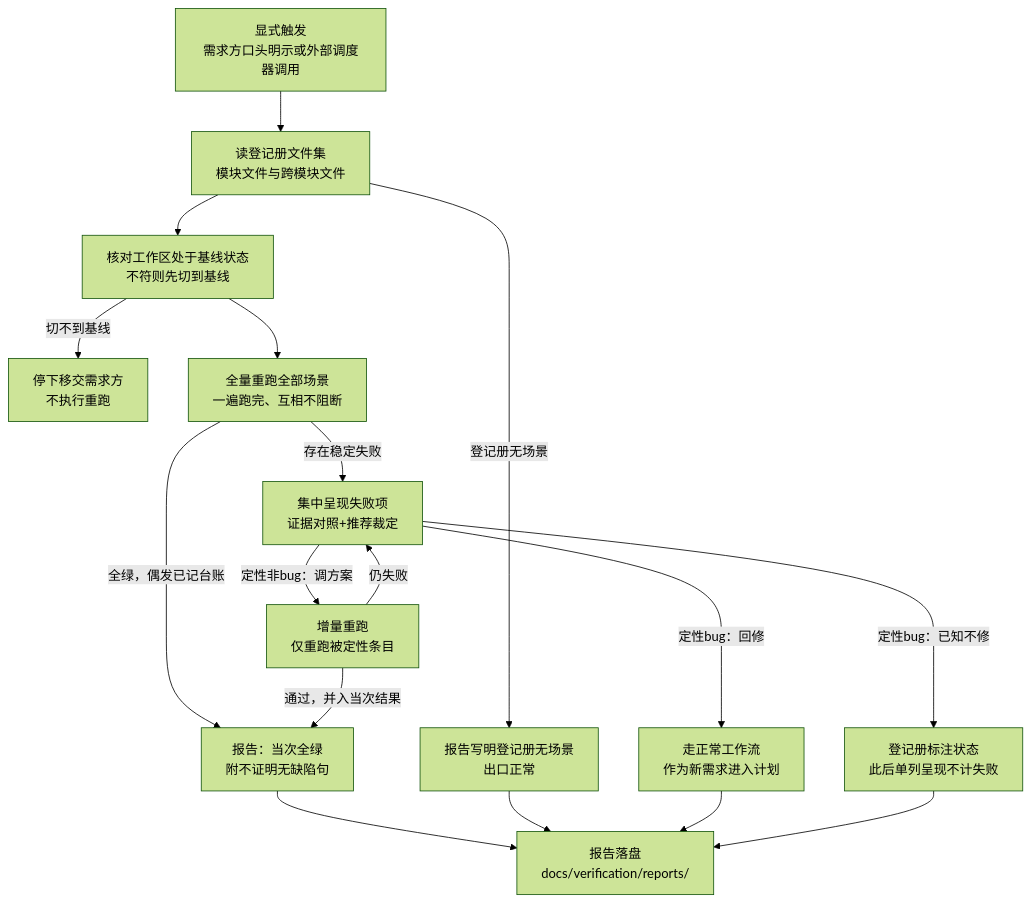
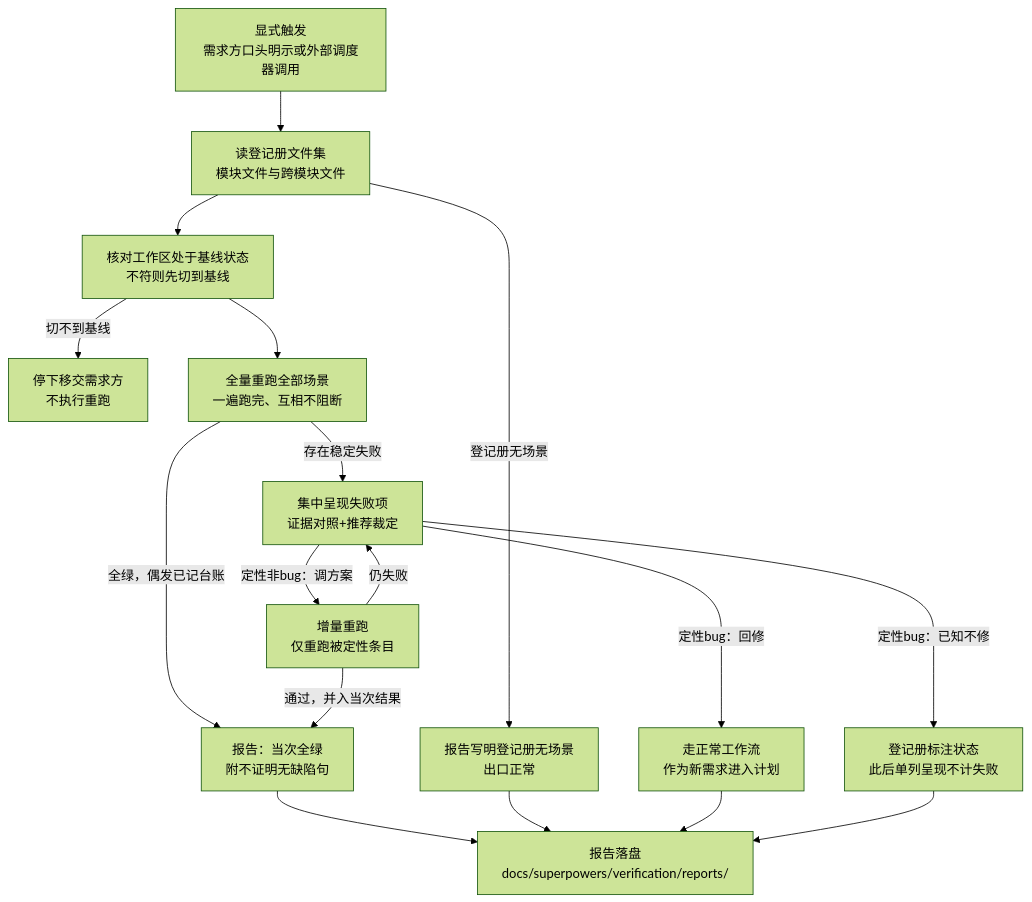
The diagram in skills/regression-sweep/SKILL.md (chuxiao/superpowers), drawn with Mermaid (forest theme) before and after one commit. The commit also changed other lines of this file and 12 other files, not shown here.

````diff
--- a/skills/regression-sweep/SKILL.md
+++ b/skills/regression-sweep/SKILL.md
@@ -12,19 +12,19 @@
 ```mermaid
 flowchart TD
     TR["显式触发<br/>需求方口头明示或外部调度器调用"] --> RD["读登记册文件集<br/>模块文件与跨模块文件"]
     RD -->|"登记册无场景"| EMPTY["报告写明登记册无场景<br/>出口正常"]
     RD --> BASE["核对工作区处于基线状态<br/>不符则先切到基线"]
     BASE -->|"切不到基线"| STOP["停下移交需求方<br/>不执行重跑"]
     BASE --> RUN["全量重跑全部场景<br/>一遍跑完、互相不阻断"]
     RUN -->|"全绿，偶发已记台账"| GREEN["报告：当次全绿<br/>附不证明无缺陷句"]
     RUN -->|"存在稳定失败"| ALL["集中呈现失败项<br/>证据对照+推荐裁定"]
     ALL -->|"定性非bug：调方案"| INC["增量重跑<br/>仅重跑被定性条目"]
     INC -->|"仍失败"| ALL
     INC -->|"通过，并入当次结果"| GREEN
     ALL -->|"定性bug：回修"| FLOW["走正常工作流<br/>作为新需求进入计划"]
     ALL -->|"定性bug：已知不修"| KNOWN["登记册标注状态<br/>此后单列呈现不计失败"]
-    GREEN --> OUT["报告落盘<br/>docs/verification/reports/"]
+    GREEN --> OUT["报告落盘<br/>docs/superpowers/verification/reports/"]
     EMPTY --> OUT
     FLOW --> OUT
     KNOWN --> OUT
 ```
````
